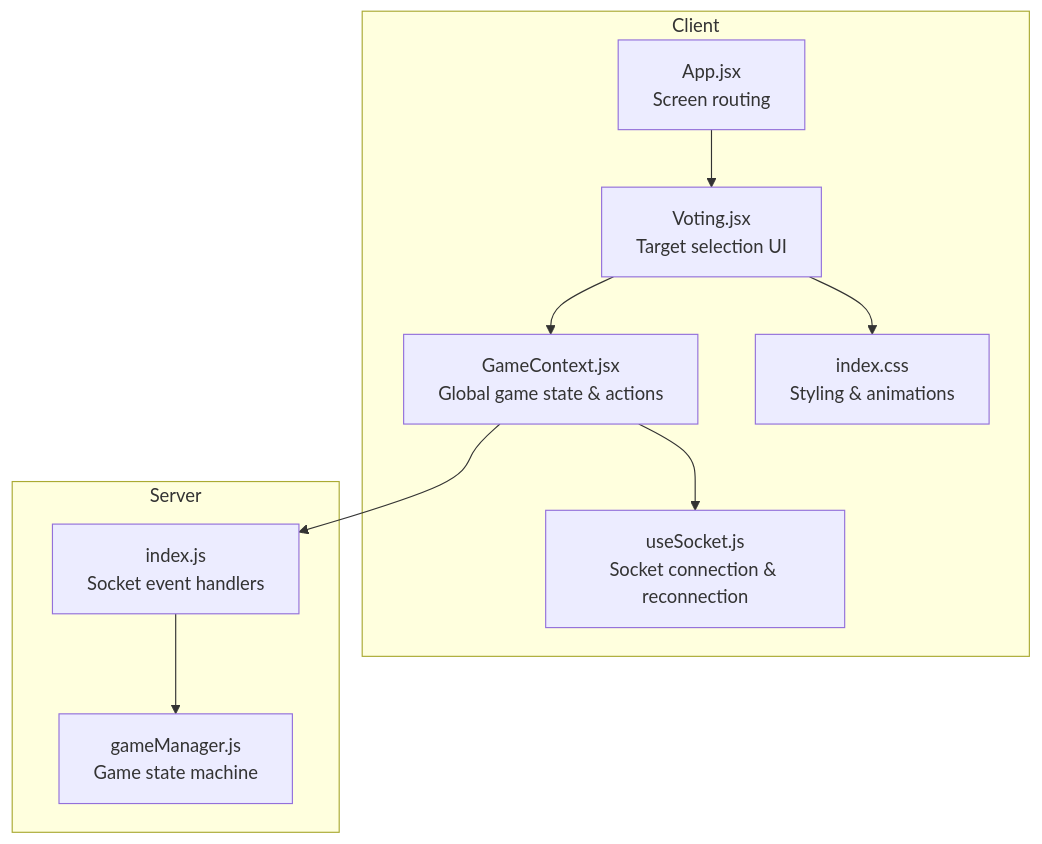
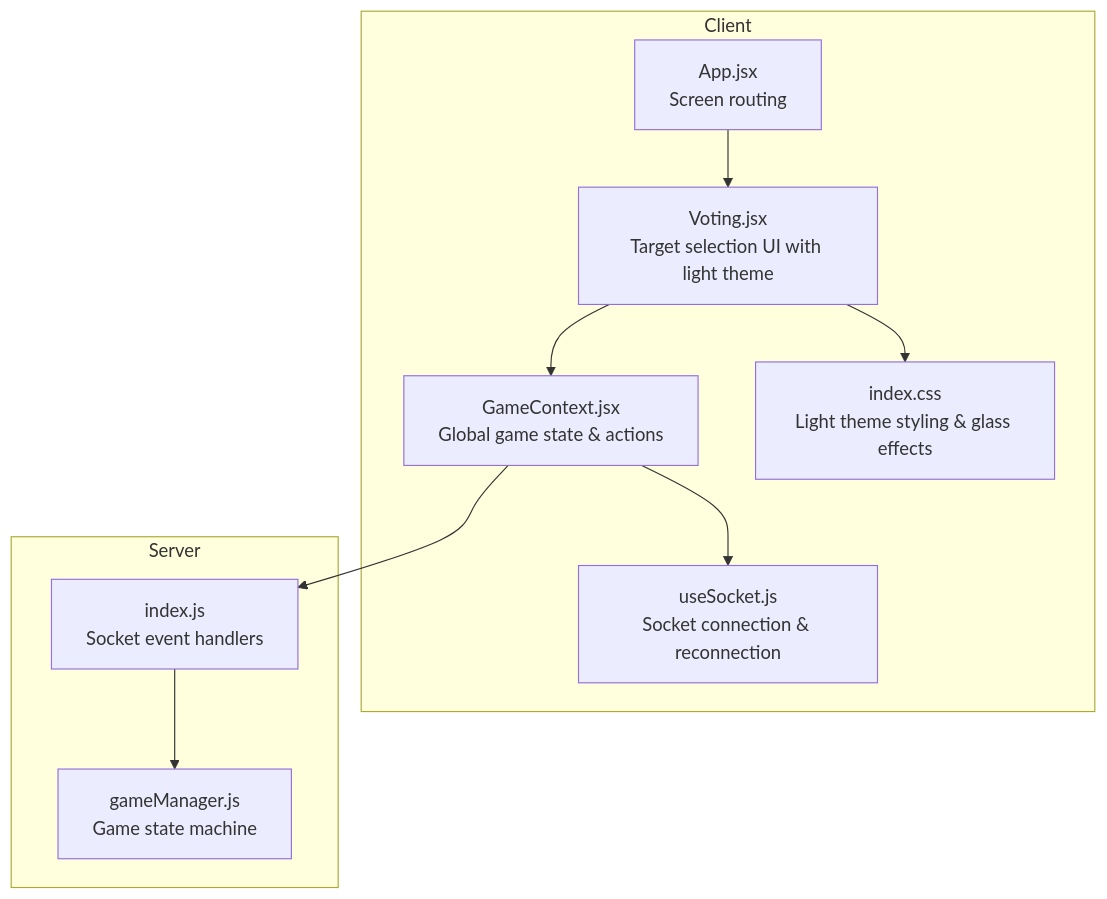
One commit to sparshgupta001/imposter_game changed the first of 3 diagrams in .qoder/repowiki/en/content/Game Screens and UI Components/Voting Screen.md. Above: the diagram before and after it, drawn with Mermaid. The commit also changed other lines of this file and 22 other files, not shown here.

````diff
--- a/.qoder/repowiki/en/content/Game Screens and UI Components/Voting Screen.md
+++ b/.qoder/repowiki/en/content/Game Screens and UI Components/Voting Screen.md
@@ -35,20 +43,20 @@
 ```mermaid
 graph TB
 subgraph "Client"
-A["Voting.jsx<br/>Target selection UI"]
+A["Voting.jsx<br/>Target selection UI with light theme"]
 B["GameContext.jsx<br/>Global game state & actions"]
 C["useSocket.js<br/>Socket connection & reconnection"]
-D["index.css<br/>Styling & animations"]
+D["index.css<br/>Light theme styling & glass effects"]
 E["App.jsx<br/>Screen routing"]
 end
 subgraph "Server"
 F["index.js<br/>Socket event handlers"]
 G["gameManager.js<br/>Game state machine"]
 end
 A --> B
 B --> C
 B --> F
 F --> G
 E --> A
 A --> D
 ```
````
